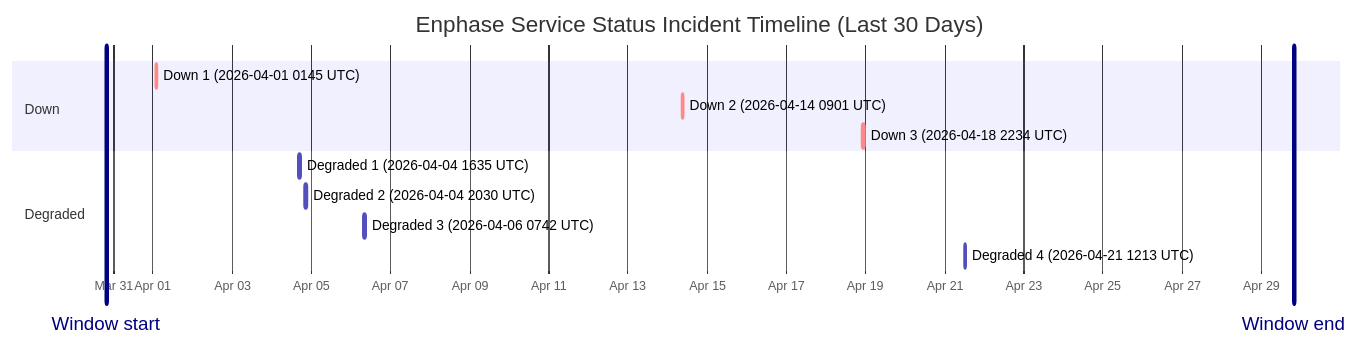
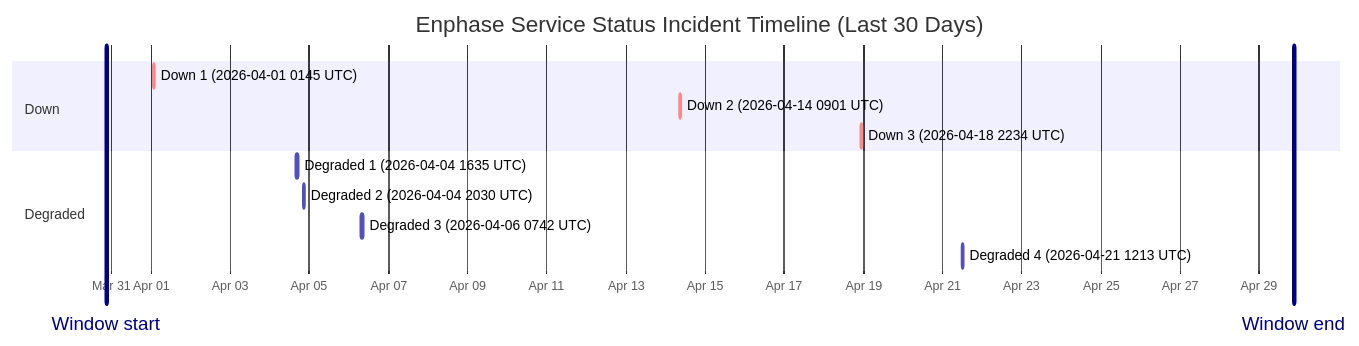
The diagram in wiki/Service-Status-History.md (barneyonline/ha-enphase-ev-charger), drawn with Mermaid before and after one commit. The commit also changed other lines of this file and 3 other files, not shown here.

````diff
--- a/wiki/Service-Status-History.md
+++ b/wiki/Service-Status-History.md
@@ -14,17 +14,17 @@
 ```mermaid
 gantt
     title Enphase Service Status Incident Timeline (Last 30 Days)
     dateFormat  YYYY-MM-DDTHH:mm:ss
     axisFormat  %b %d
-    Window start :vert, window-start, 2026-03-30T19:41:24, 0ms
-    Window end :vert, window-end, 2026-04-29T19:41:24, 0ms
+    Window start :vert, window-start, 2026-03-30T21:03:33, 0ms
+    Window end :vert, window-end, 2026-04-29T21:03:33, 0ms
     section Down
     Down 1 (2026-04-01 0145 UTC) :crit, down-1, 2026-04-01T01:45:09, 60m
     Down 2 (2026-04-14 0901 UTC) :crit, down-2, 2026-04-14T09:01:13, 60m
     Down 3 (2026-04-18 2234 UTC) :crit, down-3, 2026-04-18T22:34:13, 60m
     section Degraded
     Degraded 1 (2026-04-04 1635 UTC) :active, degraded-1, 2026-04-04T16:35:17, 60m
     Degraded 2 (2026-04-04 2030 UTC) :active, degraded-2, 2026-04-04T20:30:40, 60m
     Degraded 3 (2026-04-06 0742 UTC) :active, degraded-3, 2026-04-06T07:42:09, 85m
     Degraded 4 (2026-04-21 1213 UTC) :active, degraded-4, 2026-04-21T12:13:11, 60m
 ```
````
